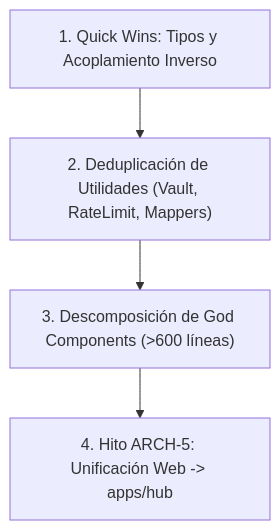
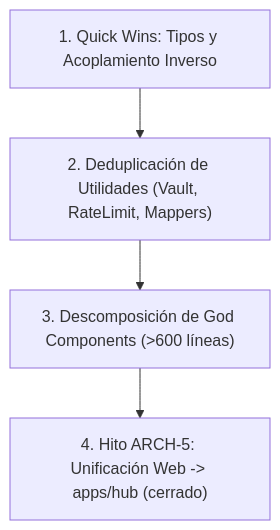
Before and after one commit to Ian9Franco/MIM: the diagram in docs/planning/refactoring-backlog.md, drawn with Mermaid. The commit also changed other lines of this file and 149 other files, not shown here.

First line of the commit message:
refactor(arch-5): move MIM Hub from web/ to apps/hub workspace

````diff
--- a/docs/planning/refactoring-backlog.md
+++ b/docs/planning/refactoring-backlog.md
@@ -149,6 +151,6 @@
 ```mermaid
 graph TD
     A["1. Quick Wins: Tipos y Acoplamiento Inverso"] --> B["2. Deduplicación de Utilidades (Vault, RateLimit, Mappers)"]
     B --> C["3. Descomposición de God Components (>600 líneas)"]
-    C --> D["4. Hito ARCH-5: Unificación Web -> apps/hub"]
+    C --> D["4. Hito ARCH-5: Unificación Web -> apps/hub (cerrado)"]
 ```
````
